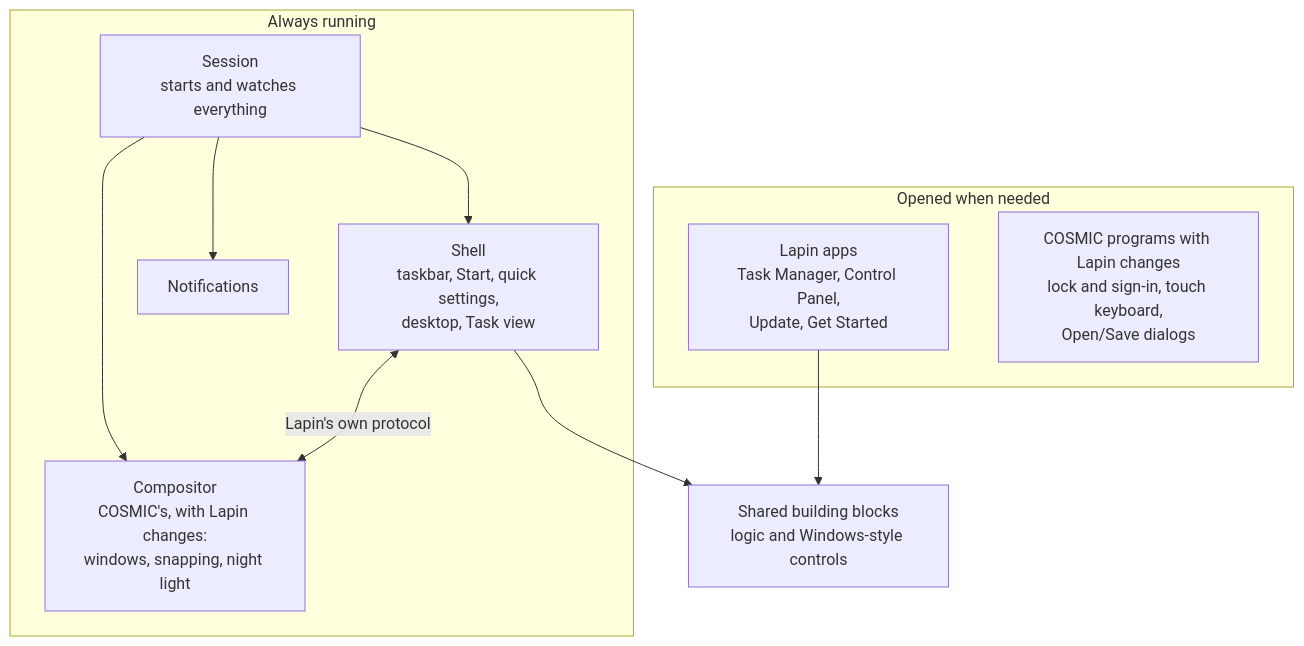
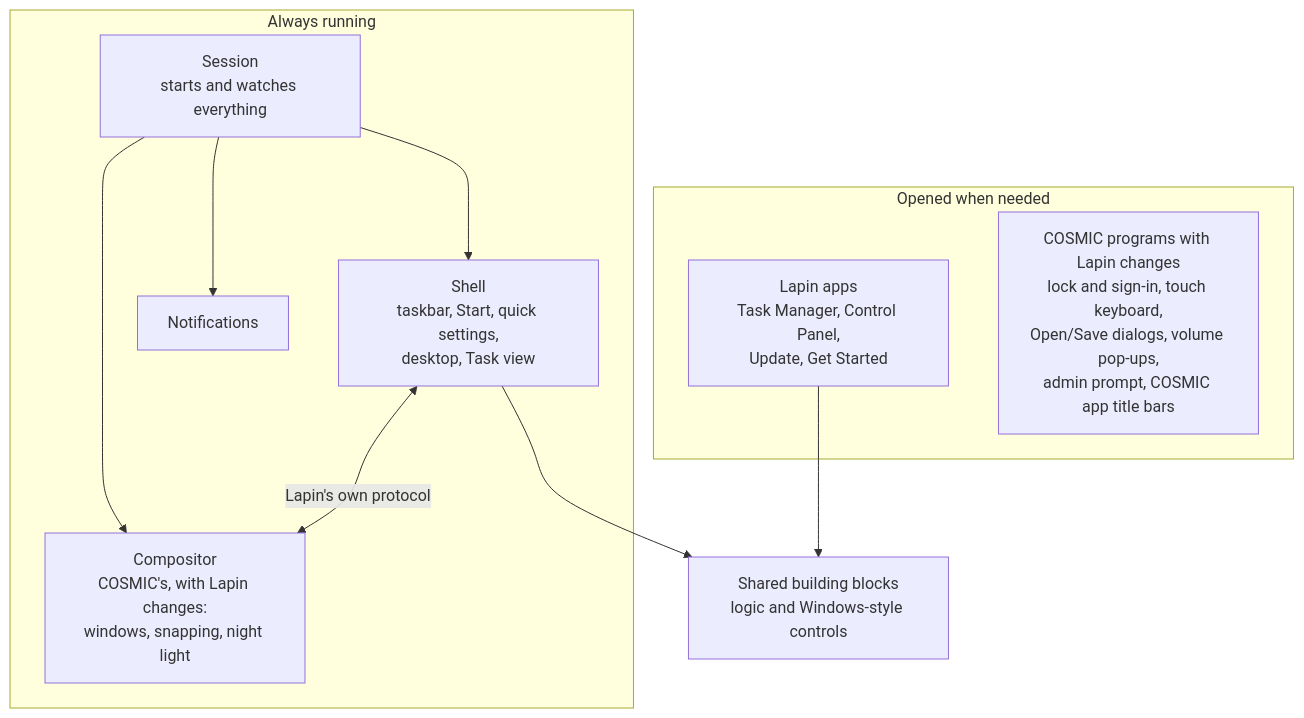
One commit to znraznra/lapin-ux changed the second of 2 diagrams in README.md. Above: the diagram before and after it, drawn with Mermaid. The commit also changed other lines of this file and 5 other files, not shown here.

First line of the commit message:
Docs: README progress, tour and roadmap for pop-ups, admin prompt, Users/Services, search preview, COSMIC title bars, firmware

````diff
--- a/README.md
+++ b/README.md
@@ -120,20 +127,20 @@
 ```mermaid
 flowchart TB
     subgraph always["Always running"]
         session["Session<br/>starts and watches everything"]
         comp["Compositor<br/>COSMIC's, with Lapin changes:<br/>windows, snapping, night light"]
         shell["Shell<br/>taskbar, Start, quick settings,<br/>desktop, Task view"]
         notify["Notifications"]
         session --> comp
         session --> shell
         session --> notify
         shell <-->|Lapin's own protocol| comp
     end
     subgraph opened["Opened when needed"]
         apps["Lapin apps<br/>Task Manager, Control Panel,<br/>Update, Get Started"]
-        cosmic["COSMIC programs with Lapin changes<br/>lock and sign-in, touch keyboard,<br/>Open/Save dialogs"]
+        cosmic["COSMIC programs with Lapin changes<br/>lock and sign-in, touch keyboard,<br/>Open/Save dialogs, volume pop-ups,<br/>admin prompt, COSMIC app title bars"]
     end
     shared["Shared building blocks<br/>logic and Windows-style controls"]
     shell --> shared
     apps --> shared
 ```
````
